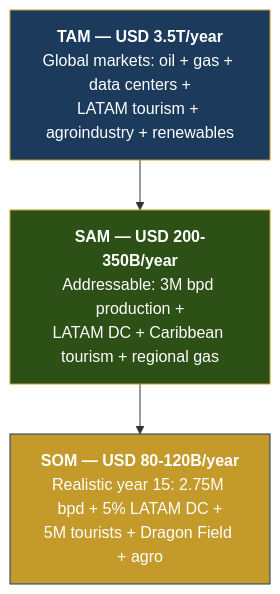
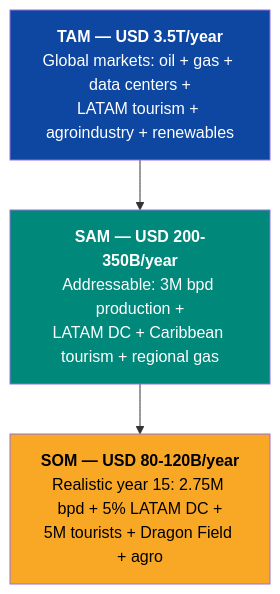
One commit to Venezuela-S-A/venezuela-sa changed the first of 3 diagrams in docs/09-investors/tam-sam-som.md. Above: the diagram before and after it, drawn with Mermaid. The commit also changed 127 other files, not shown here.

````diff
--- a/docs/09-investors/tam-sam-som.md
+++ b/docs/09-investors/tam-sam-som.md
@@ -14,12 +14,12 @@
 ```mermaid
 flowchart TB
     TAM["<b>TAM — USD 3.5T/year</b><br/>Global markets: oil + gas + data centers +<br/>LATAM tourism + agroindustry + renewables"]
     SAM["<b>SAM — USD 200-350B/year</b><br/>Addressable: 3M bpd production +<br/>LATAM DC + Caribbean tourism + regional gas"]
     SOM["<b>SOM — USD 80-120B/year</b><br/>Realistic year 15: 2.75M bpd + 5% LATAM DC +<br/>5M tourists + Dragon Field + agro"]
 
     TAM --> SAM --> SOM
 
-    style TAM fill:#1B3A5C,stroke:#C49A2A,color:#fff
-    style SAM fill:#2d5016,stroke:#C49A2A,color:#fff
-    style SOM fill:#C49A2A,stroke:#1B3A5C,color:#fff
+    style TAM fill:#0D47A1,color:#fff
+    style SAM fill:#00897B,color:#fff
+    style SOM fill:#F9A825,color:#000
 ```
````
